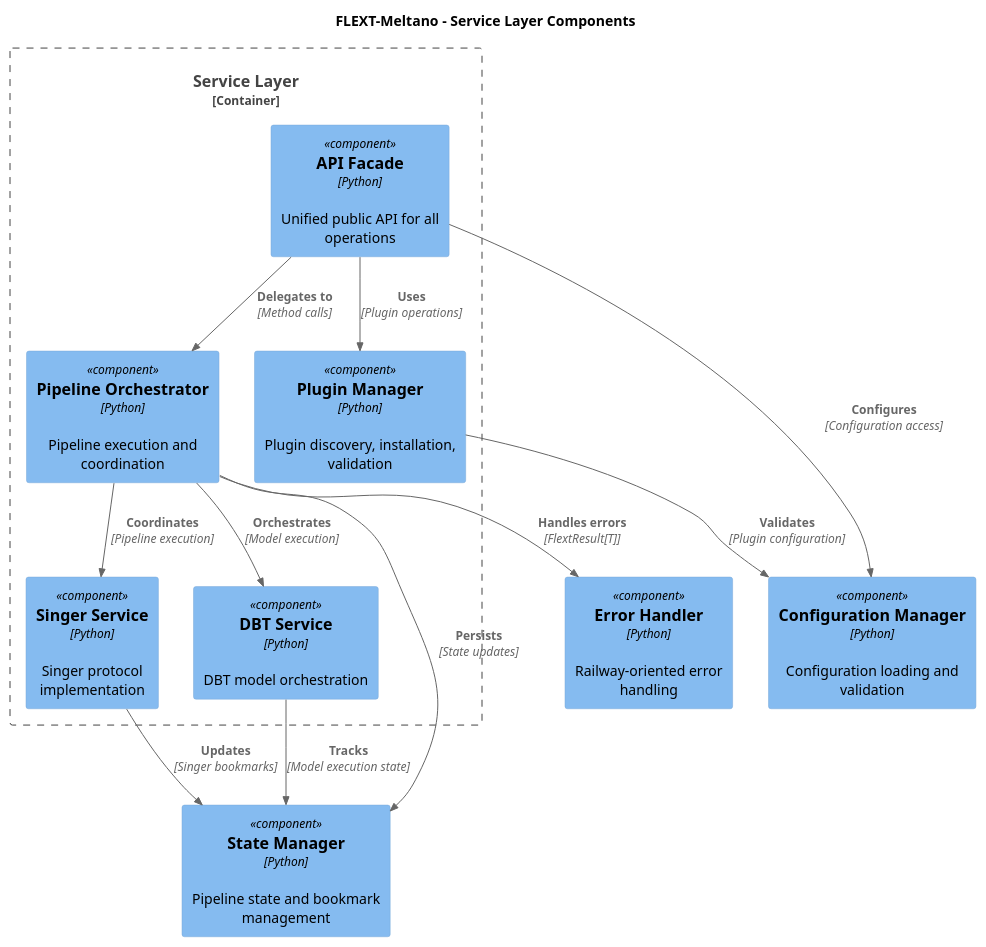
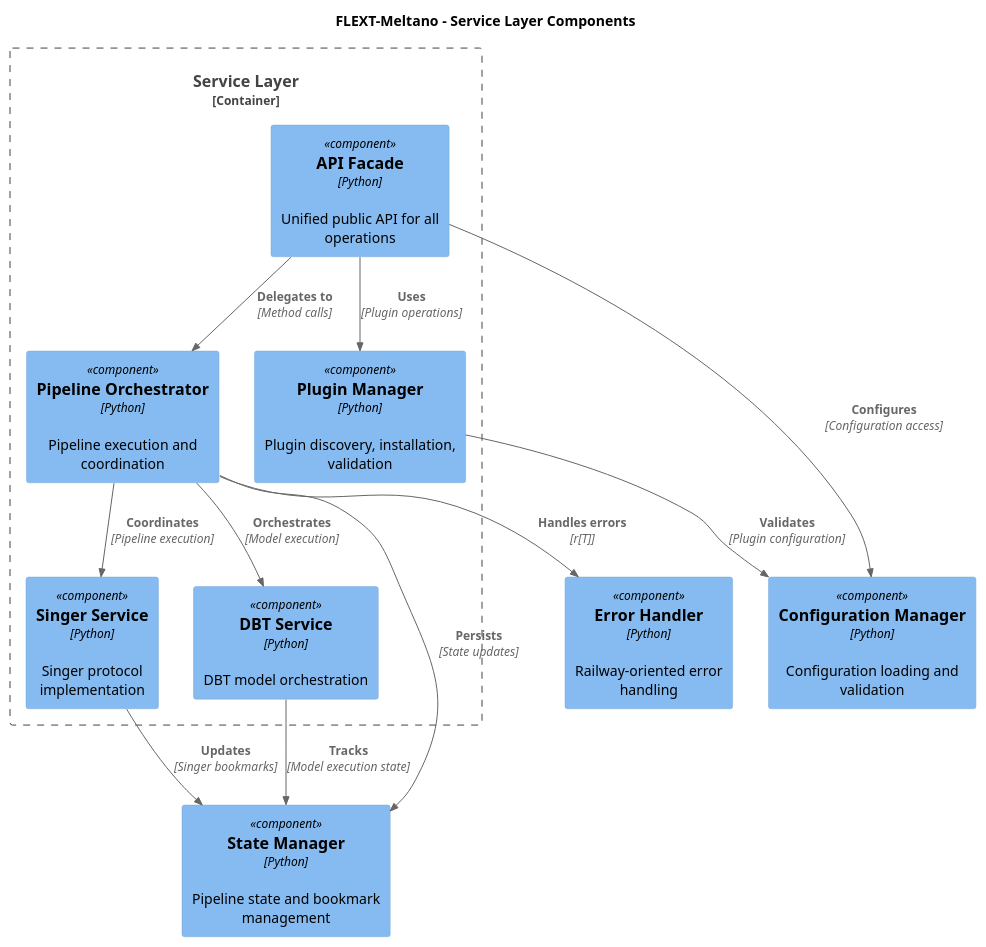
The third of 6 diagrams in docs/architecture/diagrams.puml (flext-sh/flext-meltano), drawn with PlantUML before and after one commit. The commit also changed other lines of this file and 50 other files, not shown here.

```diff
--- a/docs/architecture/diagrams.puml
+++ b/docs/architecture/diagrams.puml
@@ -76,30 +76,30 @@
 @startuml FLEXT-Meltano Service Components
 !include https://raw.githubusercontent.com/plantuml-stdlib/C4-PlantUML/master/C4_Component.puml
 
 title FLEXT-Meltano - Service Layer Components
 
 Container_Boundary(service_layer, "Service Layer") {
     Component(api_facade, "API Facade", "Python", "Unified public API for all operations")
     Component(orchestrator, "Pipeline Orchestrator", "Python", "Pipeline execution and coordination")
     Component(plugin_manager, "Plugin Manager", "Python", "Plugin discovery, installation, validation")
     Component(singer_service, "Singer Service", "Python", "Singer protocol implementation")
     Component(dbt_service, "DBT Service", "Python", "DBT model orchestration")
 }
 
 Component(config_manager, "Configuration Manager", "Python", "Configuration loading and validation")
 Component(state_manager, "State Manager", "Python", "Pipeline state and bookmark management")
 Component(error_handler, "Error Handler", "Python", "Railway-oriented error handling")
 
 Rel(api_facade, orchestrator, "Delegates to", "Method calls")
 Rel(api_facade, plugin_manager, "Uses", "Plugin operations")
 Rel(api_facade, config_manager, "Configures", "Configuration access")
 
 Rel(orchestrator, singer_service, "Coordinates", "Pipeline execution")
 Rel(orchestrator, dbt_service, "Orchestrates", "Model execution")
 Rel(orchestrator, state_manager, "Persists", "State updates")
-Rel(orchestrator, error_handler, "Handles errors", "FlextResult[T]")
+Rel(orchestrator, error_handler, "Handles errors", "r[T]")
 
 Rel(plugin_manager, config_manager, "Validates", "Plugin configuration")
 Rel(singer_service, state_manager, "Updates", "Singer bookmarks")
 Rel(dbt_service, state_manager, "Tracks", "Model execution state")
 @enduml
```
